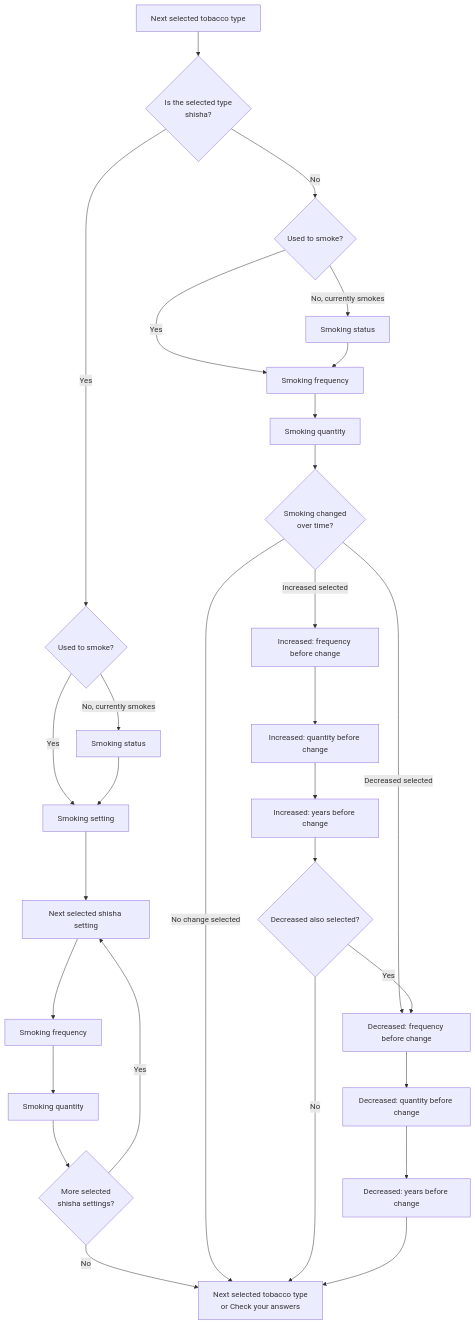
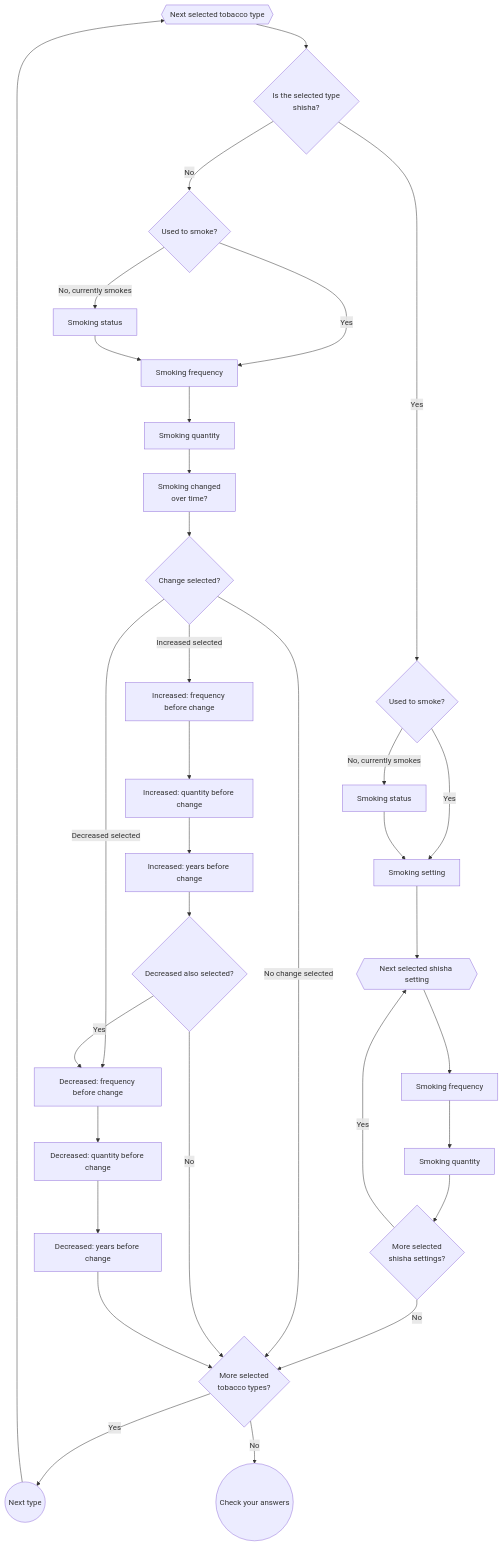
Before and after one commit to NHSDigital/prototype-lung-health-check: the second of 2 diagrams in app/prototype_v4_1/docs/question-flow.md, drawn with Mermaid. The commit also changed other lines of this file and 2 other files, not shown here.

Commit message:
Update previous version question flowcharts

````diff
--- a/app/prototype_v4_1/docs/question-flow.md
+++ b/app/prototype_v4_1/docs/question-flow.md
@@ -75,38 +106,42 @@
 ```mermaid
 flowchart TD
-  selectedType["Next selected tobacco type"] --> isShisha{"Is the selected type<br>shisha?"}
+  selectedType{{Next selected tobacco type}} --> isShisha{"Is the selected type<br>shisha?"}
 
   isShisha -- Yes --> shishaPast{"Used to smoke?"}
   shishaPast -- No, currently smokes --> shishaStatus["Smoking status"]
   shishaPast -- Yes --> setting["Smoking setting"]
   shishaStatus --> setting
-  setting --> selectedSetting["Next selected shisha setting"]
+  setting --> selectedSetting{{Next selected shisha setting}}
   selectedSetting --> shishaFrequency["Smoking frequency"]
   shishaFrequency --> shishaQuantity["Smoking quantity"]
   shishaQuantity --> moreSettings{"More selected<br>shisha settings?"}
   moreSettings -- Yes --> selectedSetting
-  moreSettings -- No --> nextTypeOrCya
+  moreSettings -- No --> moreTypes
 
   isShisha -- No --> past{"Used to smoke?"}
   past -- No, currently smokes --> status["Smoking status"]
   past -- Yes --> frequency["Smoking frequency"]
   status --> frequency["Smoking frequency"]
   frequency --> quantity["Smoking quantity"]
-  quantity --> changed{"Smoking changed<br>over time?"}
+  quantity --> changed["Smoking changed<br>over time?"]
 
-  changed -- No change selected --> nextTypeOrCya
-  changed -- Increased selected --> increasedFrequency["Increased: frequency before change"]
+  changed --> changedDecision{"Change selected?"}
+  changedDecision -- No change selected --> moreTypes
+  changedDecision -- Increased selected --> increasedFrequency["Increased: frequency before change"]
   increasedFrequency --> increasedQuantity["Increased: quantity before change"]
   increasedQuantity --> increasedYears["Increased: years before change"]
   increasedYears --> decreasedSelected{"Decreased also selected?"}
 
-  changed -- Decreased selected --> decreasedFrequency["Decreased: frequency before change"]
+  changedDecision -- Decreased selected --> decreasedFrequency["Decreased: frequency before change"]
   decreasedSelected -- Yes --> decreasedFrequency
-  decreasedSelected -- No --> nextTypeOrCya
+  decreasedSelected -- No --> moreTypes
 
   decreasedFrequency --> decreasedQuantity["Decreased: quantity before change"]
   decreasedQuantity --> decreasedYears["Decreased: years before change"]
-  decreasedYears --> nextTypeOrCya
+  decreasedYears --> moreTypes
 
-  nextTypeOrCya["Next selected tobacco type<br>or Check your answers"]
+  moreTypes{"More selected<br>tobacco types?"}
+  moreTypes -- Yes --> nextType((Next type))
+  nextType --> selectedType
+  moreTypes -- No --> cya((Check your answers))
 ```
````
